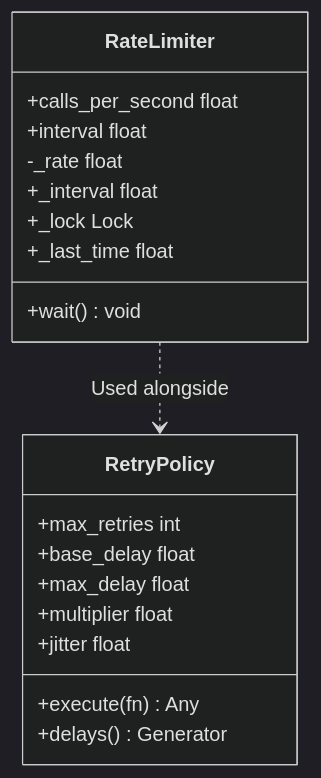
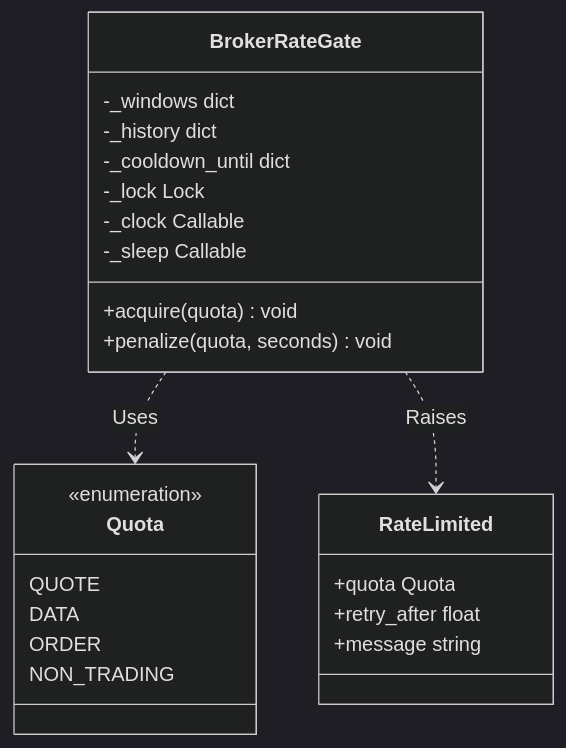
Before and after one commit to Ganesh-Kusundal/nTrade: the ninth of 12 diagrams in .qoder/repowiki/en/content/Broker Integration/Transport Layer & Connectivity.md, drawn with Mermaid (dark theme). The commit also changed other lines of this file and 203 other files, not shown here.

First line of the commit message:
review findings sweep: depth retry, LTP failure guard, stale-refresh fix, rate-gate blocked heuristic

````diff
--- a/.qoder/repowiki/en/content/Broker Integration/Transport Layer & Connectivity.md
+++ b/.qoder/repowiki/en/content/Broker Integration/Transport Layer & Connectivity.md
@@ -502,22 +513,27 @@
 ```mermaid
 classDiagram
-class RateLimiter {
-+calls_per_second float
-+interval float
-+wait() void
--_rate float
-+_interval float
-+_lock Lock
-+_last_time float
+class BrokerRateGate {
++acquire(quota) void
++penalize(quota, seconds) void
+-_windows dict
+-_history dict
+-_cooldown_until dict
+-_lock Lock
+-_clock Callable
+-_sleep Callable
 }
-class RetryPolicy {
-+max_retries int
-+base_delay float
-+max_delay float
-+multiplier float
-+jitter float
-+execute(fn) Any
-+delays() Generator
+class Quota {
+<<enumeration>>
+QUOTE
+DATA
+ORDER
+NON_TRADING
 }
-RateLimiter ..> RetryPolicy : Used alongside
+class RateLimited {
++quota Quota
++retry_after float
++message string
+}
+BrokerRateGate ..> Quota : Uses
+BrokerRateGate ..> RateLimited : Raises
 ```
````
